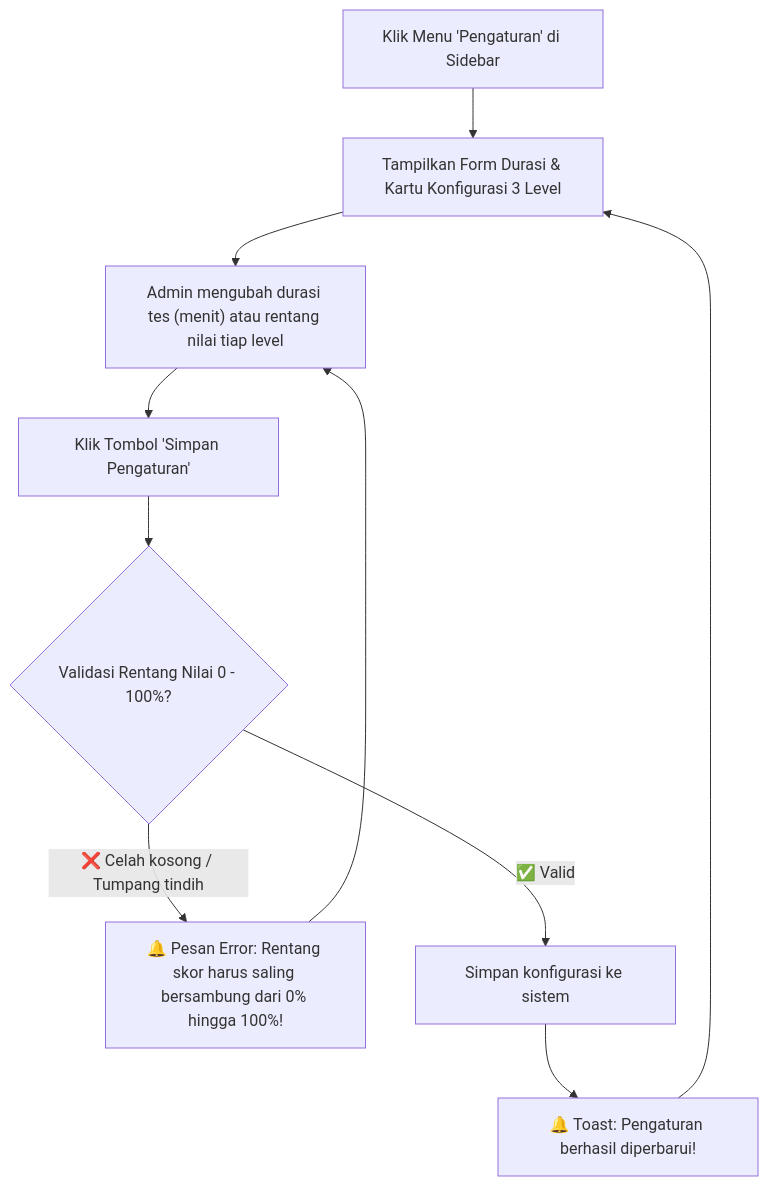
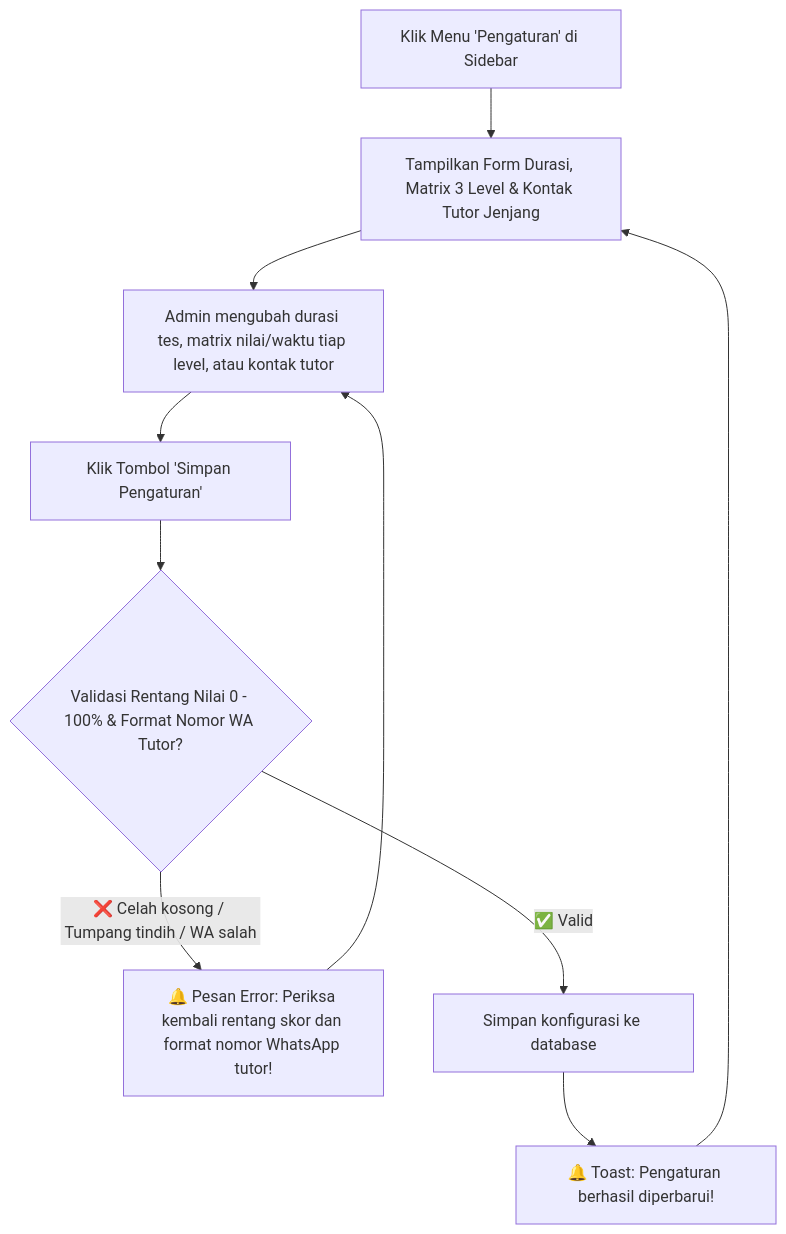
One commit to septianof/up-speaking changed the seventh of 8 diagrams in UI_FLOW.md. Above: the diagram before and after it, drawn with Mermaid. The commit also changed other lines of this file and 3 other files, not shown here.

Commit message:
docs(specs): perbarui prd, ui-flow, task-breakdown, dan product.md untuk kebutuhan jenjang dan matrix level

````diff
--- a/UI_FLOW.md
+++ b/UI_FLOW.md
@@ -338,15 +356,15 @@
 ```mermaid
 flowchart TD
-    A["Klik Menu 'Pengaturan' di Sidebar"] --> B["Tampilkan Form Durasi & Kartu Konfigurasi 3 Level"]
+    A["Klik Menu 'Pengaturan' di Sidebar"] --> B["Tampilkan Form Durasi, Matrix 3 Level & Kontak Tutor Jenjang"]
 
-    B --> C["Admin mengubah durasi tes (menit) atau rentang nilai tiap level"]
+    B --> C["Admin mengubah durasi tes, matrix nilai/waktu tiap level, atau kontak tutor"]
     C --> D["Klik Tombol 'Simpan Pengaturan'"]
 
-    D --> E{"Validasi Rentang Nilai 0 - 100%?"}
-    E -->|❌ Celah kosong / Tumpang tindih| F["🔔 Pesan Error: Rentang skor harus saling bersambung dari 0% hingga 100%!"]
+    D --> E{"Validasi Rentang Nilai 0 - 100% & Format Nomor WA Tutor?"}
+    E -->|❌ Celah kosong / Tumpang tindih / WA salah| F["🔔 Pesan Error: Periksa kembali rentang skor dan format nomor WhatsApp tutor!"]
     F --> C
 
-    E -->|✅ Valid| G["Simpan konfigurasi ke sistem"]
+    E -->|✅ Valid| G["Simpan konfigurasi ke database"]
     G --> H["🔔 Toast: Pengaturan berhasil diperbarui!"]
     H --> B
 ```
````
